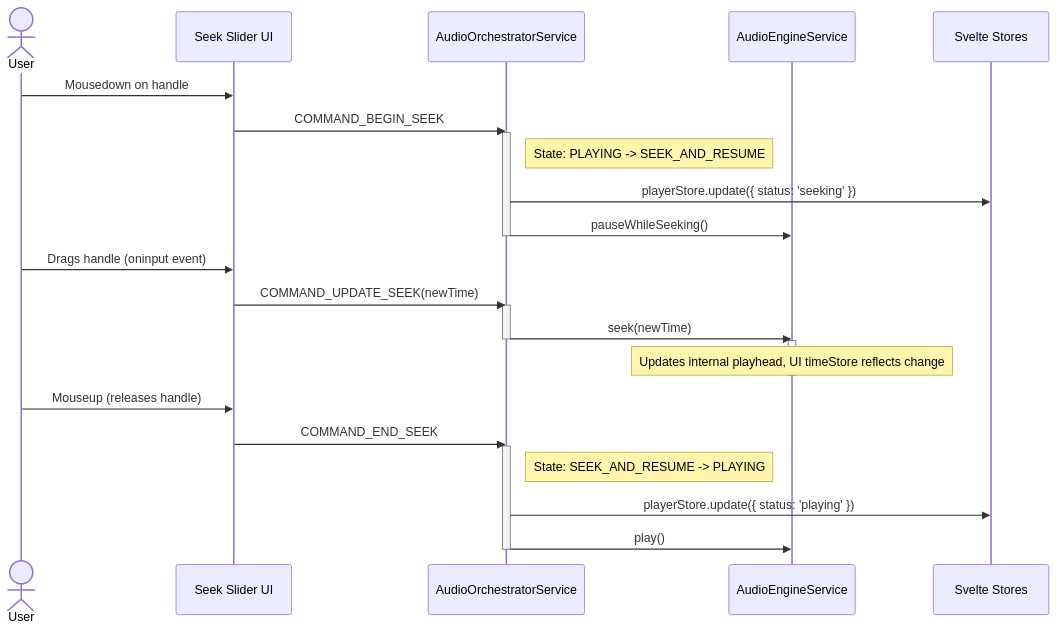
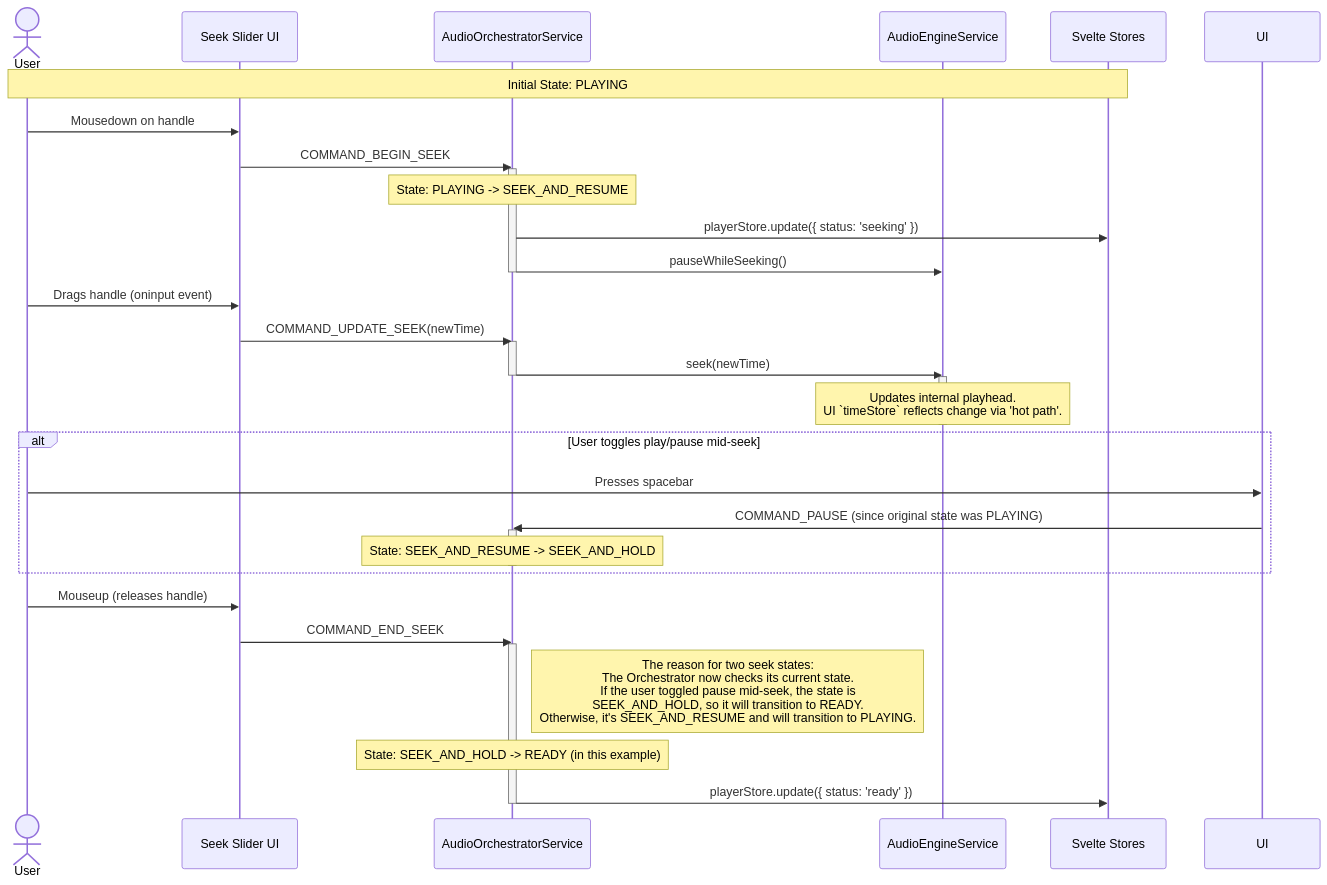
One commit to averykhoo/vibe-player-v3 changed the diagram in vibe-player-v3/docs/refactor-plan/diagrams/seek-command-flow.mermaid. Above: the diagram before and after it, drawn with Mermaid.

```diff
--- a/vibe-player-v3/docs/refactor-plan/diagrams/seek-command-flow.mermaid
+++ b/vibe-player-v3/docs/refactor-plan/diagrams/seek-command-flow.mermaid
@@ -1,34 +1,50 @@
+%% vibe-player-v3/docs/refactor-plan/diagrams/seek-command-flow.mermaid
+%% A detailed flow for the seek operation, demonstrating the two-state seek logic
+%% (`SEEK_AND_RESUME` vs. `SEEK_AND_HOLD`) to correctly handle play/pause toggles during the seek.
+
 sequenceDiagram
     actor User
     participant Slider as Seek Slider UI
     participant Orchestrator as AudioOrchestratorService
     participant Engine as AudioEngineService
     participant Store as Svelte Stores
 
+    Note over User, Store: Initial State: PLAYING
     User->>Slider: Mousedown on handle
     Slider->>Orchestrator: COMMAND_BEGIN_SEEK
 
     activate Orchestrator
-    Note right of Orchestrator: State: PLAYING -> SEEK_AND_RESUME
+    Note over Orchestrator: State: PLAYING -> SEEK_AND_RESUME
     Orchestrator->>Store: playerStore.update({ status: 'seeking' })
     Orchestrator->>Engine: pauseWhileSeeking()
     deactivate Orchestrator
 
     User->>Slider: Drags handle (oninput event)
     Slider->>Orchestrator: COMMAND_UPDATE_SEEK(newTime)
+    
     activate Orchestrator
     Orchestrator->>Engine: seek(newTime)
     deactivate Orchestrator
 
     activate Engine
-    Note over Engine: Updates internal playhead, UI timeStore reflects change
+    Note over Engine: Updates internal playhead.<br/>UI `timeStore` reflects change via 'hot path'.
     deactivate Engine
-
+    
+    alt User toggles play/pause mid-seek
+        User->>UI: Presses spacebar
+        UI->>Orchestrator: COMMAND_PAUSE (since original state was PLAYING)
+        
+        activate Orchestrator
+        Note over Orchestrator: State: SEEK_AND_RESUME -> SEEK_AND_HOLD
+        deactivate Orchestrator
+    end
+    
     User->>Slider: Mouseup (releases handle)
     Slider->>Orchestrator: COMMAND_END_SEEK
 
     activate Orchestrator
-    Note right of Orchestrator: State: SEEK_AND_RESUME -> PLAYING
-    Orchestrator->>Store: playerStore.update({ status: 'playing' })
-    Orchestrator->>Engine: play()
+    Note right of Orchestrator: The reason for two seek states:<br>The Orchestrator now checks its current state.<br>If the user toggled pause mid-seek, the state is<br>SEEK_AND_HOLD, so it will transition to READY.<br>Otherwise, it's SEEK_AND_RESUME and will transition to PLAYING.
+    
+    Note over Orchestrator: State: SEEK_AND_HOLD -> READY (in this example)
+    Orchestrator->>Store: playerStore.update({ status: 'ready' })
     deactivate Orchestrator
```
